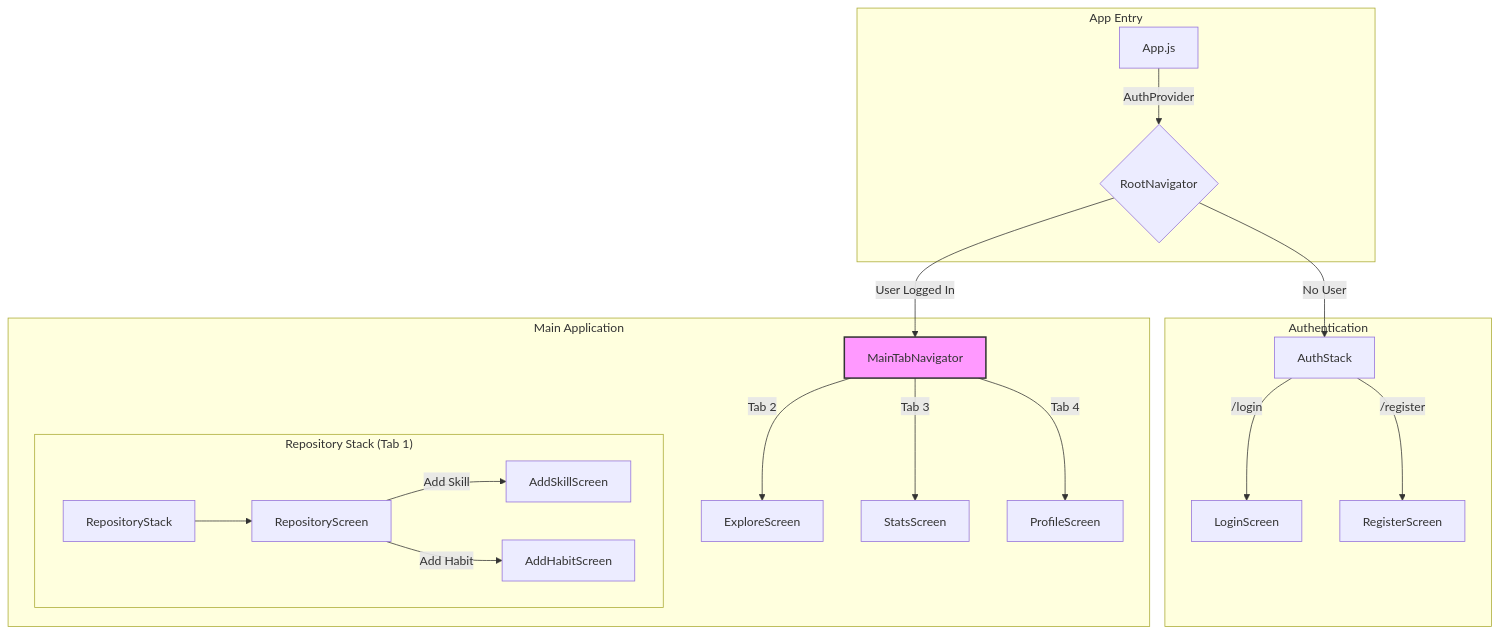
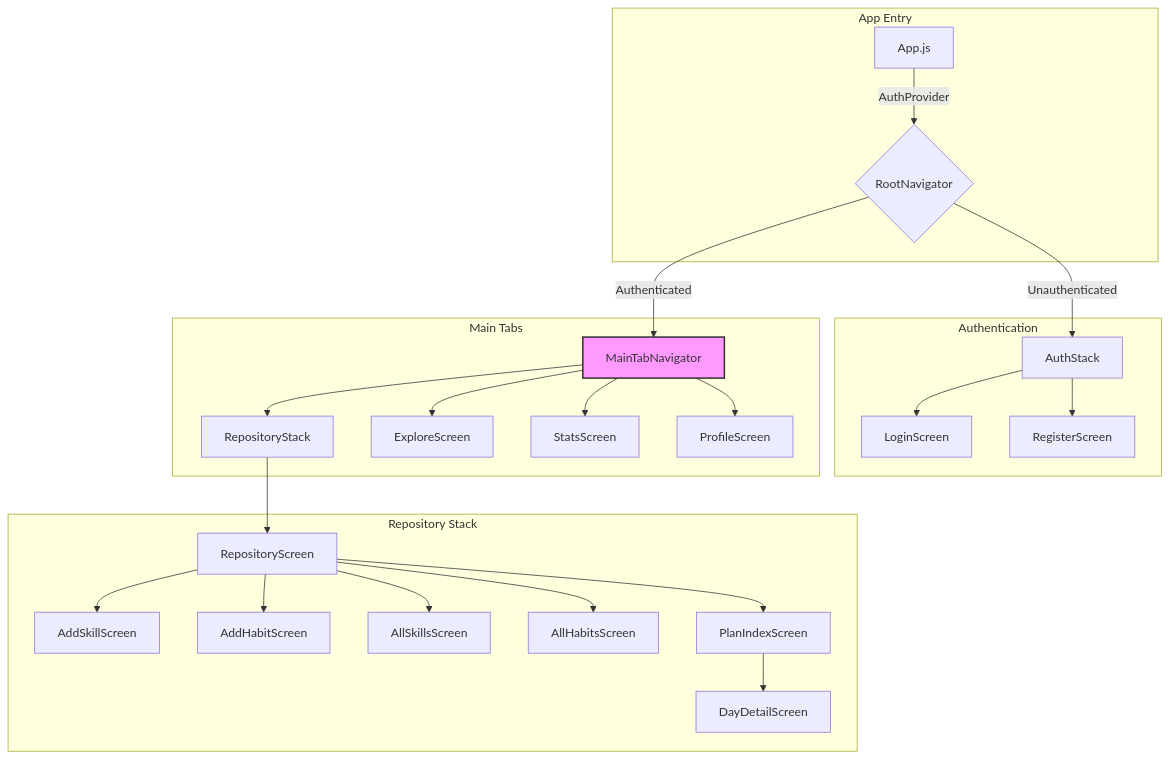
The second of 5 diagrams in Developer's Guide.md (ZayK1/Orbital-TeamYiZ), drawn with Mermaid before and after one commit. The commit also changed other lines of this file and 24 other files, not shown here.

Commit message:
feat: enhance skill and habit management by adding detailed screens for skill and habit tracking, implementing check-in functionality, and refining user interface components for improved user experience

````diff
--- a/Developer's Guide.md
+++ b/Developer's Guide.md
@@ -526,28 +526,33 @@
 ```mermaid
 graph TD
-    subgraph "App Entry"
-        A[App.js] -- AuthProvider --> B{RootNavigator};
-    end
+  subgraph "App Entry"
+    A[App.js] -->|AuthProvider| B{RootNavigator}
+  end
 
-    B -- No User --> C[AuthStack];
-    B -- User Logged In --> D[MainTabNavigator];
+  B -->|Unauthenticated| C[AuthStack]
+  B -->|Authenticated| D[MainTabNavigator]
 
-    subgraph "Authentication"
-        C -- /login --> E[LoginScreen];
-        C -- /register --> F[RegisterScreen];
-    end
+  subgraph "Authentication"
+    C --> E[LoginScreen]
+    C --> F[RegisterScreen]
+  end
 
-    subgraph "Main Application"
-        D;
-        subgraph "Repository Stack (Tab 1)"
-            G[RepositoryStack] --> H[RepositoryScreen];
-            H -- Add Skill --> I[AddSkillScreen];
-            H -- Add Habit --> J[AddHabitScreen];
-        end
-        D -- Tab 2 --> K[ExploreScreen];
-        D -- Tab 3 --> L[StatsScreen];
-        D -- Tab 4 --> M[ProfileScreen];
-    end
+  subgraph "Main Tabs"
+    D --> G[RepositoryStack]
+    D --> K[ExploreScreen]
+    D --> L[StatsScreen]
+    D --> M[ProfileScreen]
+  end
 
-    style D fill:#f9f,stroke:#333,stroke-width:2px
+  subgraph "Repository Stack"
+    G --> H[RepositoryScreen]
+    H --> I[AddSkillScreen]
+    H --> J[AddHabitScreen]
+    H --> N[AllSkillsScreen]
+    H --> O[AllHabitsScreen]
+    H --> P[PlanIndexScreen]
+    P --> Q[DayDetailScreen]
+  end
+
+  style D fill:#f9f,stroke:#333,stroke-width:2px
 ```
````
